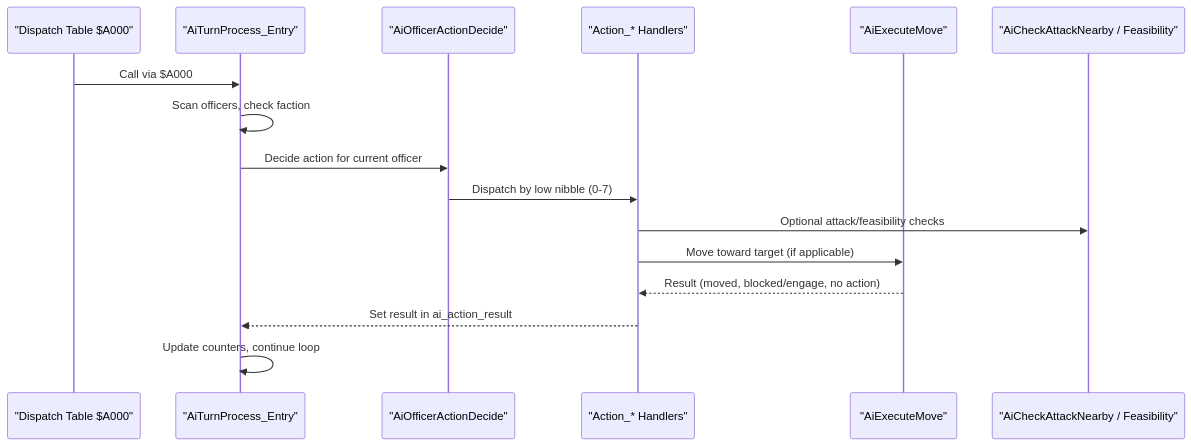
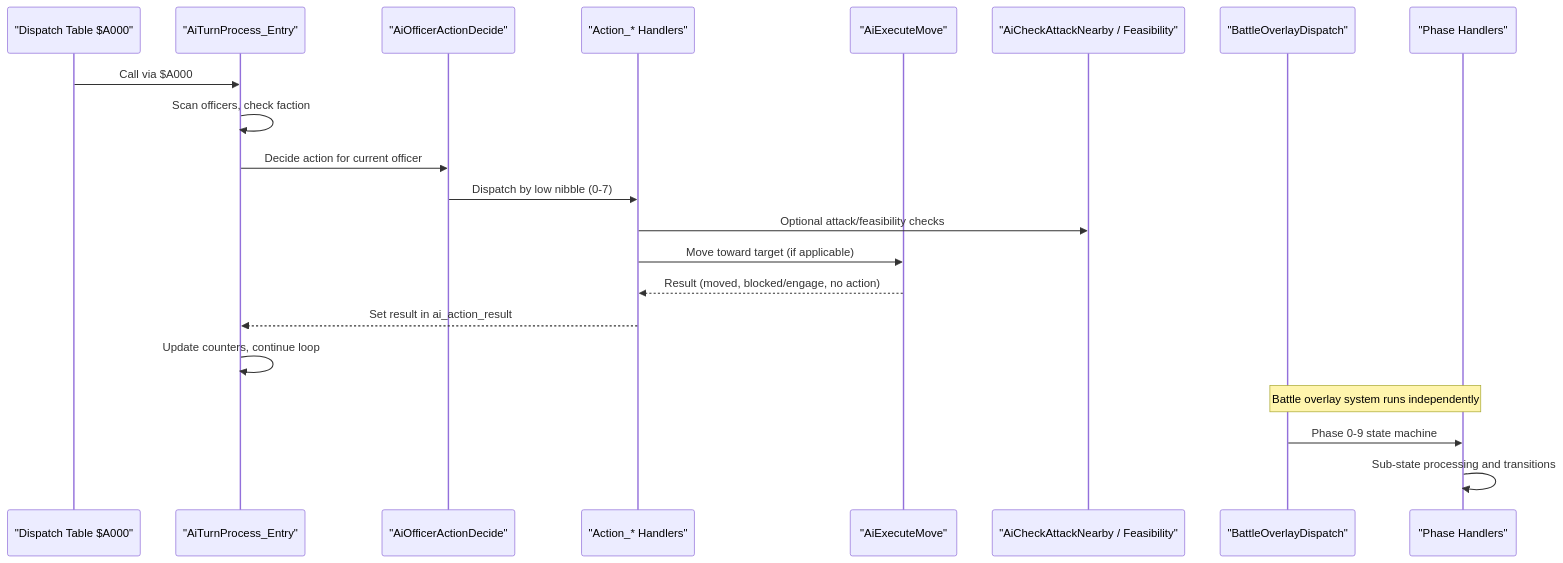
Before and after one commit to rabbyzero/sango2dasm: the second of 10 diagrams in .qoder/repowiki/en/content/Assembly Architecture/Bank Organization and Memory Layout/Battle and AI System - PRG Banks $08_$09.md, drawn with Mermaid. The commit also changed other lines of this file and 33 other files, not shown here.

````diff
--- a/.qoder/repowiki/en/content/Assembly Architecture/Bank Organization and Memory Layout/Battle and AI System - PRG Banks $08_$09.md
+++ b/.qoder/repowiki/en/content/Assembly Architecture/Bank Organization and Memory Layout/Battle and AI System - PRG Banks $08_$09.md
@@ -78,18 +105,23 @@
 ```mermaid
 sequenceDiagram
 participant DT as "Dispatch Table $A000"
 participant AI as "AiTurnProcess_Entry"
 participant DEC as "AiOfficerActionDecide"
 participant ACT as "Action_* Handlers"
 participant MOV as "AiExecuteMove"
 participant CMP as "AiCheckAttackNearby / Feasibility"
+participant BO as "BattleOverlayDispatch"
+participant PH as "Phase Handlers"
 DT->>AI : Call via $A000
 AI->>AI : Scan officers, check faction
 AI->>DEC : Decide action for current officer
 DEC->>ACT : Dispatch by low nibble (0-7)
 ACT->>CMP : Optional attack/feasibility checks
 ACT->>MOV : Move toward target (if applicable)
 MOV-->>ACT : Result (moved, blocked/engage, no action)
 ACT-->>AI : Set result in ai_action_result
 AI->>AI : Update counters, continue loop
+Note over BO,PH : Battle overlay system runs independently
+BO->>PH : Phase 0-9 state machine
+PH->>PH : Sub-state processing and transitions
 ```
````
